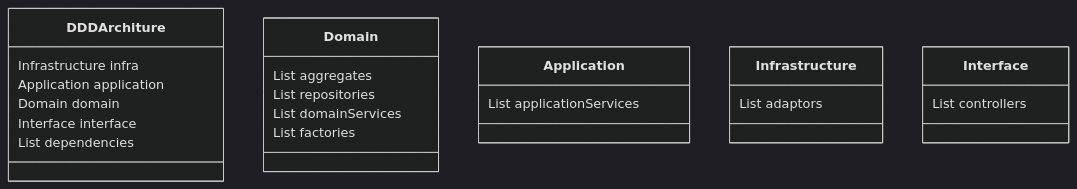
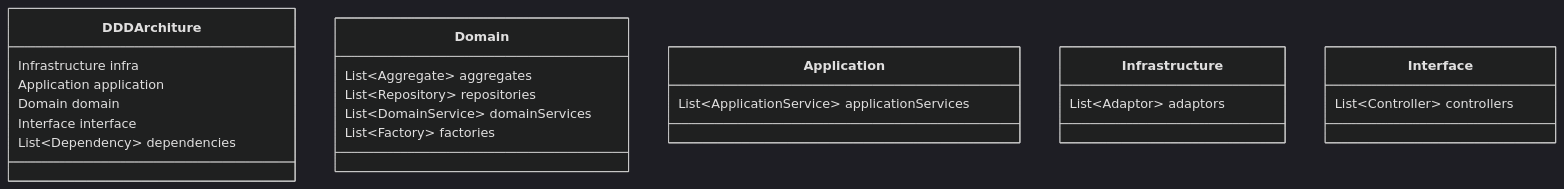
The second of 2 diagrams in architecture/ModuleArchitectureView.md (archguard/archguard-wiki), drawn with Mermaid (dark theme) before and after one commit. The commit also changed other lines of this file and 1 other file, not shown here.

Commit message:
fix mermaid issue

````diff
--- a/architecture/ModuleArchitectureView.md
+++ b/architecture/ModuleArchitectureView.md
@@ -71,29 +71,29 @@
 ```mermaid
 classDiagram
 class DDDArchiture {
 	Infrastructure infra
 	Application application
 	Domain domain
 	Interface interface
-	List<Dependency> dependencies
+	List~Dependency~ dependencies
 }
 
 class Domain {
-	List<Aggregate> aggregates
-	List<Repository> repositories
-	List<DomainService> domainServices
-	List<Factory> factories
+	List~Aggregate~ aggregates
+	List~Repository~ repositories
+	List~DomainService~ domainServices
+	List~Factory~ factories
 }
 
 class Application {
-	List<ApplicationService> applicationServices
+	List~ApplicationService~ applicationServices
 }
 
 class Infrastructure {
-	List<Adaptor> adaptors
+	List~Adaptor~ adaptors
 }
 
 class Interface {
-	List<Controller> controllers
+	List~Controller~ controllers
 }
 ```
````
